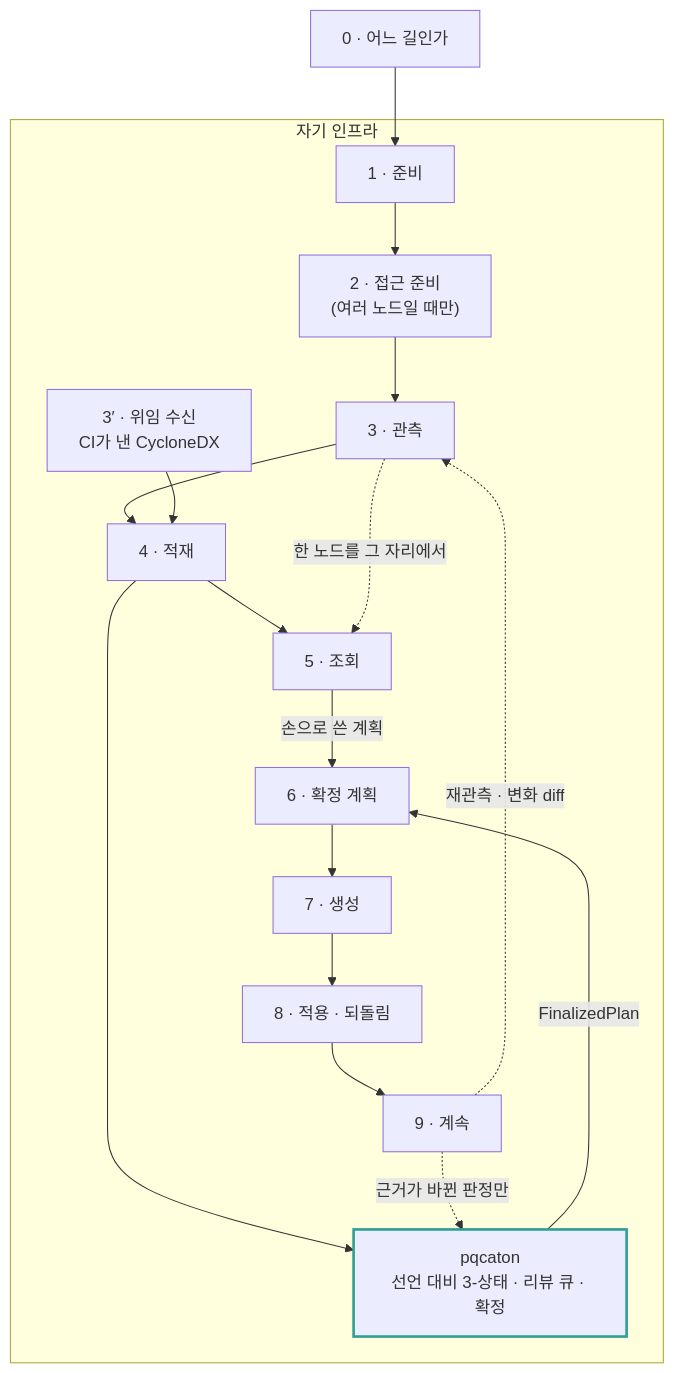
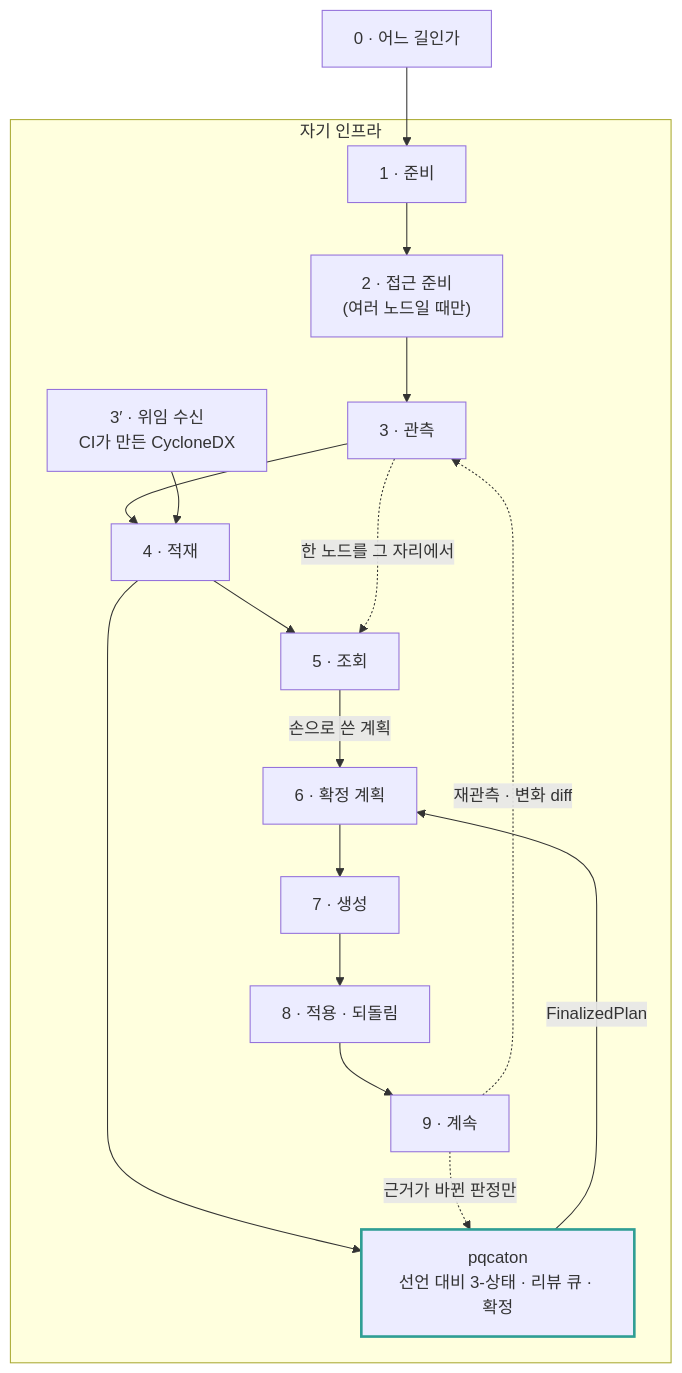
One commit to sntsoftgit/pqcaton changed the first of 2 diagrams in docs/journey.md. Above: the diagram before and after it, drawn with Mermaid. The commit also changed other lines of this file and 11 other files, not shown here.

````diff
--- a/docs/journey.md
+++ b/docs/journey.md
@@ -23,26 +23,26 @@
 ```mermaid
 flowchart TB
     A["0 · 어느 길인가"] --> B
 
     subgraph inside["자기 인프라"]
       B["1 · 준비"] --> C["2 · 접근 준비<br/>(여러 노드일 때만)"]
       C --> D["3 · 관측"]
       D --> E["4 · 적재"]
-      W["3′ · 위임 수신<br/>CI가 낸 CycloneDX"] --> E
+      W["3′ · 위임 수신<br/>CI가 만든 CycloneDX"] --> E
       E --> F["5 · 조회"]
       F -->|"손으로 쓴 계획"| G["6 · 확정 계획"]
       G --> H["7 · 생성"]
       H --> I["8 · 적용 · 되돌림"]
       I --> J["9 · 계속"]
 
       E --> K["pqcaton<br/>선언 대비 3-상태 · 리뷰 큐 · 확정"]
       K -->|"FinalizedPlan"| G
     end
 
     J -.->|"재관측 · 변화 diff"| D
     D -.->|"한 노드를 그 자리에서"| F
     J -.->|"근거가 바뀐 판정만"| K
 
     classDef us stroke:#2f9e94,stroke-width:2.5px;
     class K us;
 ```
````
